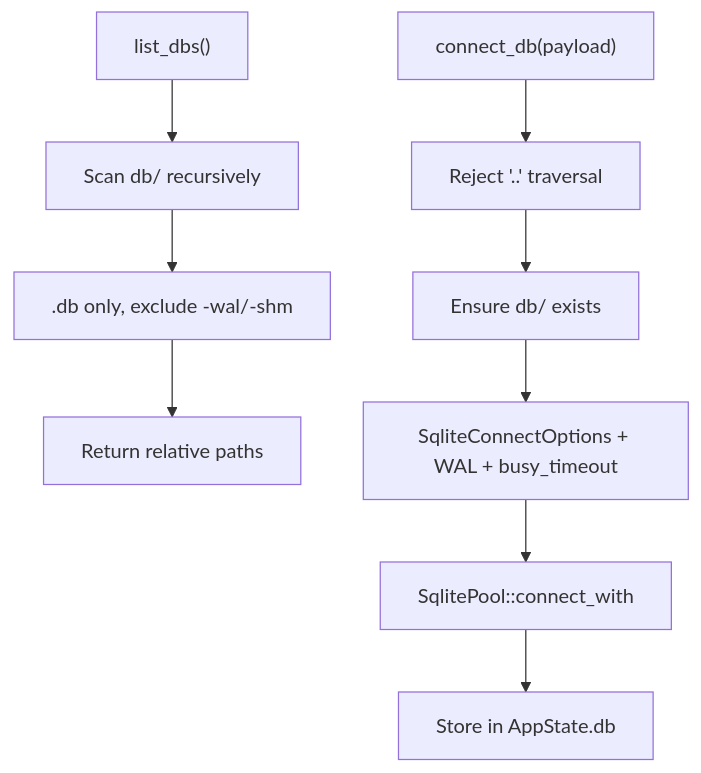
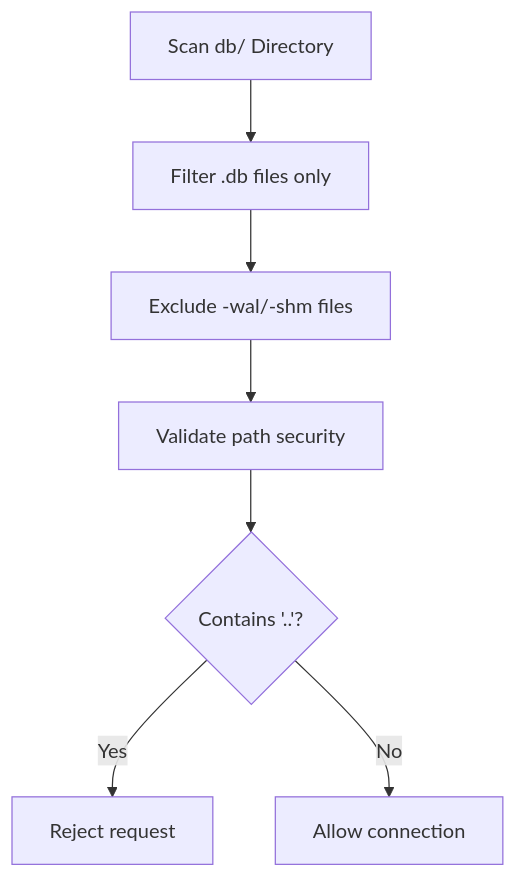
Before and after one commit to sutanto1010/crablite: the third of 3 diagrams in .qoder/repowiki/en/content/Development Workflow.md, drawn with Mermaid. The commit also changed other lines of this file and 7 other files, not shown here.

First line of the commit message:
docs(architecture): update detailed system architecture and documentation

````diff
--- a/.qoder/repowiki/en/content/Development Workflow.md
+++ b/.qoder/repowiki/en/content/Development Workflow.md
@@ -192,11 +289,9 @@
 ```mermaid
 flowchart TD
-ListDBs["list_dbs()"] --> ScanDir["Scan db/ recursively"]
-ScanDir --> Filter[".db only, exclude -wal/-shm"]
-Filter --> ReturnFiles["Return relative paths"]
-ConnectDB["connect_db(payload)"] --> ValidatePath["Reject '..' traversal"]
-ValidatePath --> EnsureDir["Ensure db/ exists"]
-EnsureDir --> BuildOptions["SqliteConnectOptions + WAL + busy_timeout"]
-BuildOptions --> ConnectPool["SqlitePool::connect_with"]
-ConnectPool --> StorePool["Store in AppState.db"]
+ScanDB["Scan db/ Directory"] --> FilterFiles["Filter .db files only"]
+FilterFiles --> ExcludeWAL["Exclude -wal/-shm files"]
+ExcludeWAL --> ValidatePath["Validate path security"]
+ValidatePath --> BlockTraversal{"Contains '..'?"}
+BlockTraversal --> |Yes| Reject["Reject request"]
+BlockTraversal --> |No| Allow["Allow connection"]
 ```
````
